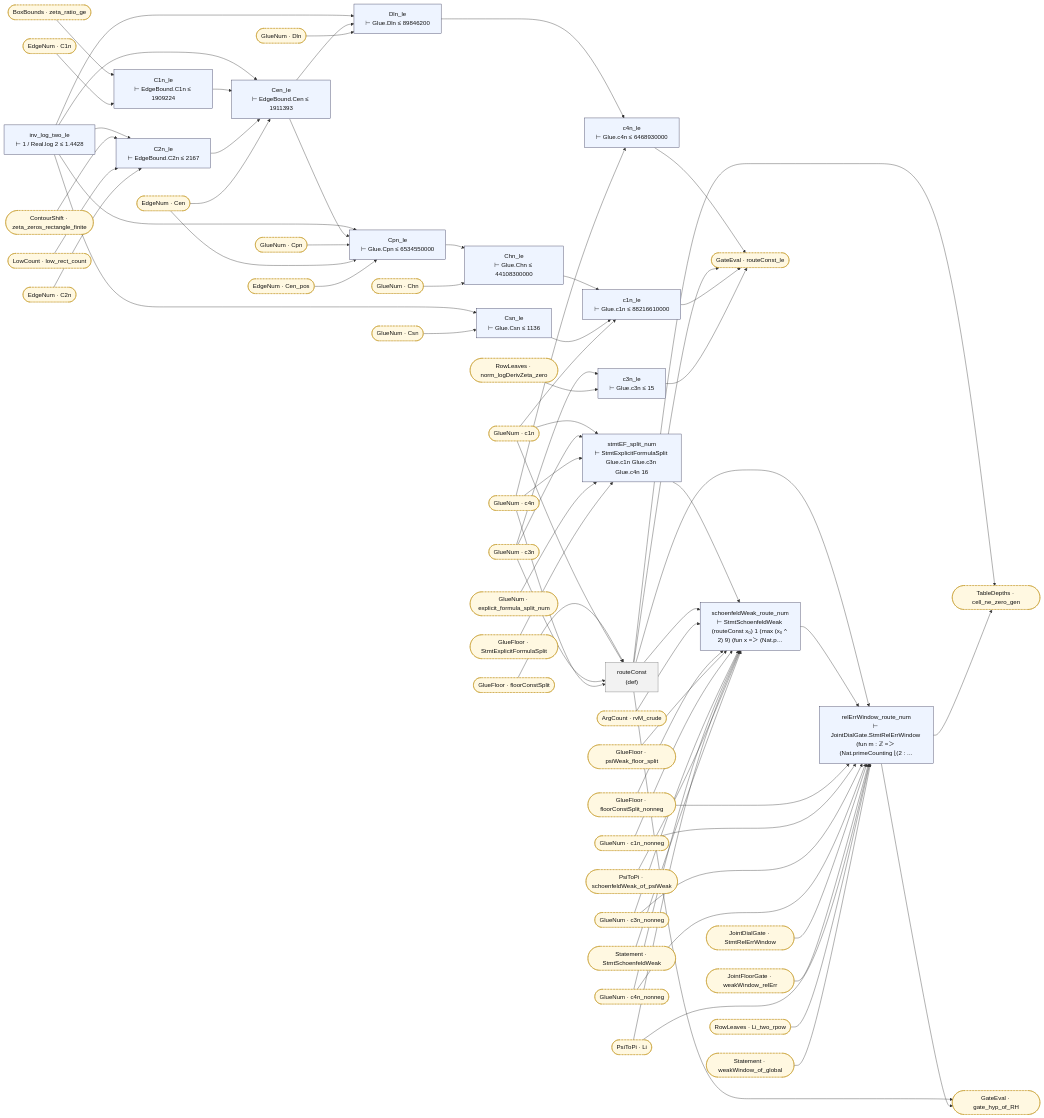
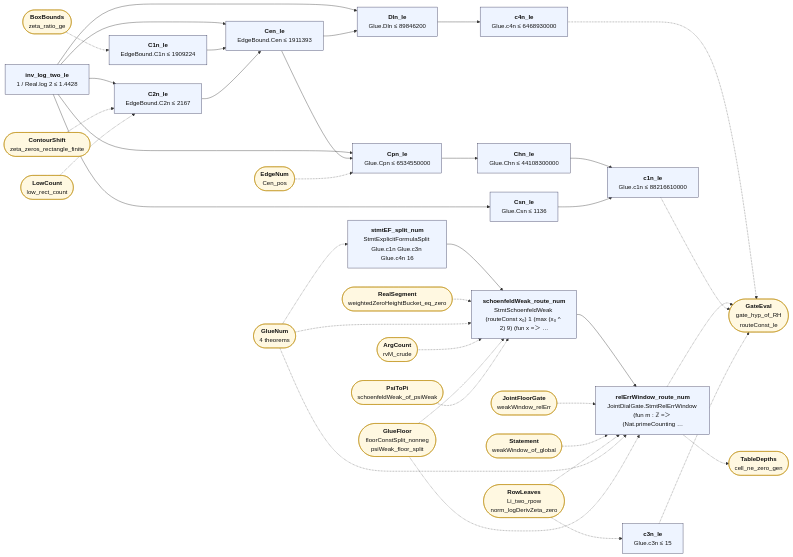
Before and after one commit to juliansambranojr/Primebeat_081426: the diagram in map/lean_stage3/RouteNum.md, drawn with Mermaid. The commit also changed other lines of this file and 387 other files, not shown here.

````diff
--- a/map/lean_stage3/RouteNum.md
+++ b/map/lean_stage3/RouteNum.md
@@ -8,70 +12,41 @@
 ```mermaid
 flowchart LR
-  n0["inv_log_two_le<br/>⊢ 1 / Real.log 2 ≤ 1.4428"]:::thm
-  n1["C1n_le<br/>⊢ EdgeBound.C1n ≤ 1909224"]:::thm
-  n2["C2n_le<br/>⊢ EdgeBound.C2n ≤ 2167"]:::thm
-  n3["Cen_le<br/>⊢ EdgeBound.Cen ≤ 1911393"]:::thm
-  n4["Cpn_le<br/>⊢ Glue.Cpn ≤ 6534550000"]:::thm
-  n5["Chn_le<br/>⊢ Glue.Chn ≤ 44108300000"]:::thm
-  n6["Csn_le<br/>⊢ Glue.Csn ≤ 1136"]:::thm
-  n7["Dln_le<br/>⊢ Glue.Dln ≤ 89846200"]:::thm
-  n8["c1n_le<br/>⊢ Glue.c1n ≤ 88216610000"]:::thm
-  n9["c3n_le<br/>⊢ Glue.c3n ≤ 15"]:::thm
-  n10["c4n_le<br/>⊢ Glue.c4n ≤ 6468930000"]:::thm
-  n11["stmtEF_split_num<br/>⊢ StmtExplicitFormulaSplit Glue.c1n Glue.c3n Glue.c4n 16"]:::thm
-  n12["routeConst<br/>(def)"]:::dfn
-  n13["schoenfeldWeak_route_num<br/>⊢ StmtSchoenfeldWeak (routeConst x₀) 1 (max (x₀ ^ 2) 9) (fun x =＞ (Nat.p…"]:::thm
-  n14["relErrWindow_route_num<br/>⊢ JointDialGate.StmtRelErrWindow (fun m : ℤ =＞ (Nat.primeCounting ⌊(2 : …"]:::thm
-  x0(["ArgCount · rvM_crude"]):::ext
-  x1(["BoxBounds · zeta_ratio_ge"]):::ext
-  x2(["ContourShift · zeta_zeros_rectangle_finite"]):::ext
-  x3(["EdgeNum · C1n"]):::ext
-  x4(["EdgeNum · C2n"]):::ext
-  x5(["EdgeNum · Cen"]):::ext
-  x6(["EdgeNum · Cen_pos"]):::ext
-  x7(["GateEval · gate_hyp_of_RH"]):::ext
-  x8(["GateEval · routeConst_le"]):::ext
-  x9(["GlueFloor · StmtExplicitFormulaSplit"]):::ext
-  x10(["GlueFloor · floorConstSplit"]):::ext
-  x11(["GlueFloor · floorConstSplit_nonneg"]):::ext
-  x12(["GlueFloor · psiWeak_floor_split"]):::ext
-  x13(["GlueNum · Chn"]):::ext
-  x14(["GlueNum · Cpn"]):::ext
-  x15(["GlueNum · Csn"]):::ext
-  x16(["GlueNum · Dln"]):::ext
-  x17(["GlueNum · c1n"]):::ext
-  x18(["GlueNum · c1n_nonneg"]):::ext
-  x19(["GlueNum · c3n"]):::ext
-  x20(["GlueNum · c3n_nonneg"]):::ext
-  x21(["GlueNum · c4n"]):::ext
-  x22(["GlueNum · c4n_nonneg"]):::ext
-  x23(["GlueNum · explicit_formula_split_num"]):::ext
-  x24(["JointDialGate · StmtRelErrWindow"]):::ext
-  x25(["JointFloorGate · weakWindow_relErr"]):::ext
-  x26(["LowCount · low_rect_count"]):::ext
-  x27(["PsiToPi · Li"]):::ext
-  x28(["PsiToPi · schoenfeldWeak_of_psiWeak"]):::ext
-  x29(["RowLeaves · Li_two_rpow"]):::ext
-  x30(["RowLeaves · norm_logDerivZeta_zero"]):::ext
-  x31(["Statement · StmtSchoenfeldWeak"]):::ext
-  x32(["Statement · weakWindow_of_global"]):::ext
-  x33(["TableDepths · cell_ne_zero_gen"]):::ext
+  n0["<b>inv_log_two_le</b><br/>1 / Real.log 2 ≤ 1.4428"]:::thm
+  n1["<b>C1n_le</b><br/>EdgeBound.C1n ≤ 1909224"]:::thm
+  n2["<b>C2n_le</b><br/>EdgeBound.C2n ≤ 2167"]:::thm
+  n3["<b>Cen_le</b><br/>EdgeBound.Cen ≤ 1911393"]:::thm
+  n4["<b>Cpn_le</b><br/>Glue.Cpn ≤ 6534550000"]:::thm
+  n5["<b>Chn_le</b><br/>Glue.Chn ≤ 44108300000"]:::thm
+  n6["<b>Csn_le</b><br/>Glue.Csn ≤ 1136"]:::thm
+  n7["<b>Dln_le</b><br/>Glue.Dln ≤ 89846200"]:::thm
+  n8["<b>c1n_le</b><br/>Glue.c1n ≤ 88216610000"]:::thm
+  n9["<b>c3n_le</b><br/>Glue.c3n ≤ 15"]:::thm
+  n10["<b>c4n_le</b><br/>Glue.c4n ≤ 6468930000"]:::thm
+  n11["<b>stmtEF_split_num</b><br/>StmtExplicitFormulaSplit Glue.c1n Glue.c3n Glue.c4n 16"]:::thm
+  n12["<b>schoenfeldWeak_route_num</b><br/>StmtSchoenfeldWeak (routeConst x₀) 1 (max (x₀ ^ 2) 9) (fun x =＞ …"]:::thm
+  n13["<b>relErrWindow_route_num</b><br/>JointDialGate.StmtRelErrWindow (fun m : ℤ =＞ (Nat.primeCounting …"]:::thm
+  x0(["<b>BoxBounds</b><br/>zeta_ratio_ge"]):::ext
+  x1(["<b>ContourShift</b><br/>zeta_zeros_rectangle_finite"]):::ext
+  x2(["<b>LowCount</b><br/>low_rect_count"]):::ext
+  x3(["<b>EdgeNum</b><br/>Cen_pos"]):::ext
+  x4(["<b>GateEval</b><br/>gate_hyp_of_RH<br/>routeConst_le"]):::ext
+  x5(["<b>RowLeaves</b><br/>Li_two_rpow<br/>norm_logDerivZeta_zero"]):::ext
+  x6(["<b>GlueNum</b><br/>4 theorems"]):::ext
+  x7(["<b>ArgCount</b><br/>rvM_crude"]):::ext
+  x8(["<b>GlueFloor</b><br/>floorConstSplit_nonneg<br/>psiWeak_floor_split"]):::ext
+  x9(["<b>PsiToPi</b><br/>schoenfeldWeak_of_psiWeak"]):::ext
+  x10(["<b>RealSegment</b><br/>weightedZeroHeightBucket_eq_zero"]):::ext
+  x11(["<b>JointFloorGate</b><br/>weakWindow_relErr"]):::ext
+  x12(["<b>Statement</b><br/>weakWindow_of_global"]):::ext
+  x13(["<b>TableDepths</b><br/>cell_ne_zero_gen"]):::ext
   n0 --> n2
   n0 --> n3
   n0 --> n4
   n0 --> n6
   n0 --> n7
   n1 --> n3
-  n10 --> x8
-  n11 --> n13
+  n11 --> n12
   n12 --> n13
-  n12 --> n14
-  n12 --> x33
-  n12 --> x7
-  n12 --> x8
-  n13 --> n14
-  n14 --> x33
-  n14 --> x7
   n2 --> n3
   n3 --> n4
   n3 --> n7
@@ -79,55 +54,30 @@
   n5 --> n8
   n6 --> n8
   n7 --> n10
-  n8 --> x8
-  n9 --> x8
-  x0 --> n13
-  x1 --> n1
-  x10 --> n12
-  x11 --> n13
-  x11 --> n14
-  x12 --> n13
-  x13 --> n5
-  x14 --> n4
-  x15 --> n6
-  x16 --> n7
-  x17 --> n11
-  x17 --> n12
-  x17 --> n8
-  x18 --> n13
-  x18 --> n14
-  x19 --> n11
-  x19 --> n12
-  x19 --> n9
-  x2 --> n2
-  x20 --> n13
-  x20 --> n14
-  x21 --> n10
-  x21 --> n11
-  x21 --> n12
-  x22 --> n13
-  x22 --> n14
-  x23 --> n11
-  x24 --> n14
-  x25 --> n14
-  x26 --> n2
-  x27 --> n13
-  x27 --> n14
-  x28 --> n13
-  x29 --> n14
-  x3 --> n1
-  x30 --> n9
-  x31 --> n13
-  x32 --> n14
-  x4 --> n2
-  x5 --> n3
-  x5 --> n4
-  x6 --> n4
-  x9 --> n11
+  n10 -.-> x4
+  n13 -.-> x13
+  n13 -.-> x4
+  n8 -.-> x4
+  n9 -.-> x4
+  x0 -.-> n1
+  x1 -.-> n2
+  x10 -.-> n12
+  x11 -.-> n13
+  x12 -.-> n13
+  x2 -.-> n2
+  x3 -.-> n4
+  x5 -.-> n13
+  x5 -.-> n9
+  x6 -.-> n11
+  x6 -.-> n12
+  x6 -.-> n13
+  x7 -.-> n12
+  x8 -.-> n12
+  x8 -.-> n13
+  x9 -.-> n12
   classDef thm fill:#eef4ff,stroke:#335,color:#111
-  classDef dfn fill:#f2f2f2,stroke:#777,color:#111
   classDef end_ fill:#e7f7e7,stroke:#2a7,color:#111,stroke-width:2px
   classDef lone fill:#fff,stroke:#999,color:#111,stroke-dasharray:4 3
   classDef bad fill:#ffe5e5,stroke:#c22,color:#111,stroke-width:2px
-  classDef ext fill:#fff8e1,stroke:#b80,color:#111,stroke-dasharray:2 2
+  classDef ext fill:#fff8e1,stroke:#b80,color:#111
 ```
````
